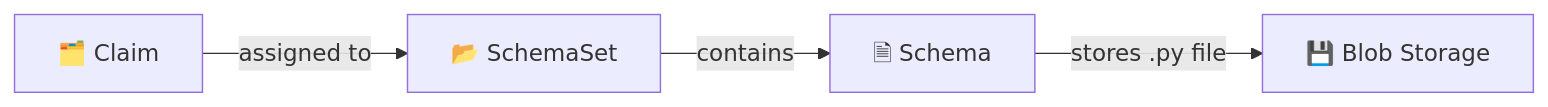
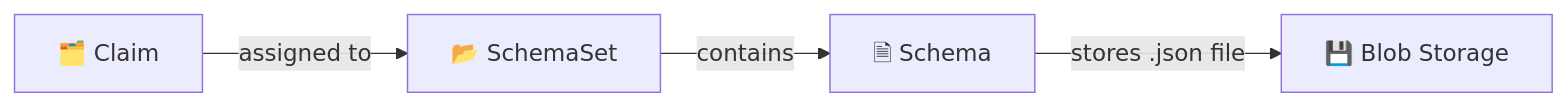
Before and after one commit to microsoft/content-processing-solution-accelerator: the second of 2 diagrams in docs/CustomizeSchemaData.md, drawn with Mermaid. The commit also changed other lines of this file and 7 other files, not shown here.

````diff
--- a/docs/CustomizeSchemaData.md
+++ b/docs/CustomizeSchemaData.md
@@ -59,6 +59,6 @@
 ```mermaid
 flowchart LR
     Claim["🗂️ Claim"] -->|"assigned to"| SchemaSet["📂 SchemaSet"]
     SchemaSet -->|"contains"| Schema["🗎 Schema"]
-    Schema -->|"stores .py file"| Blob["💾 Blob Storage"]
+    Schema -->|"stores .json file"| Blob["💾 Blob Storage"]
 ```
````
